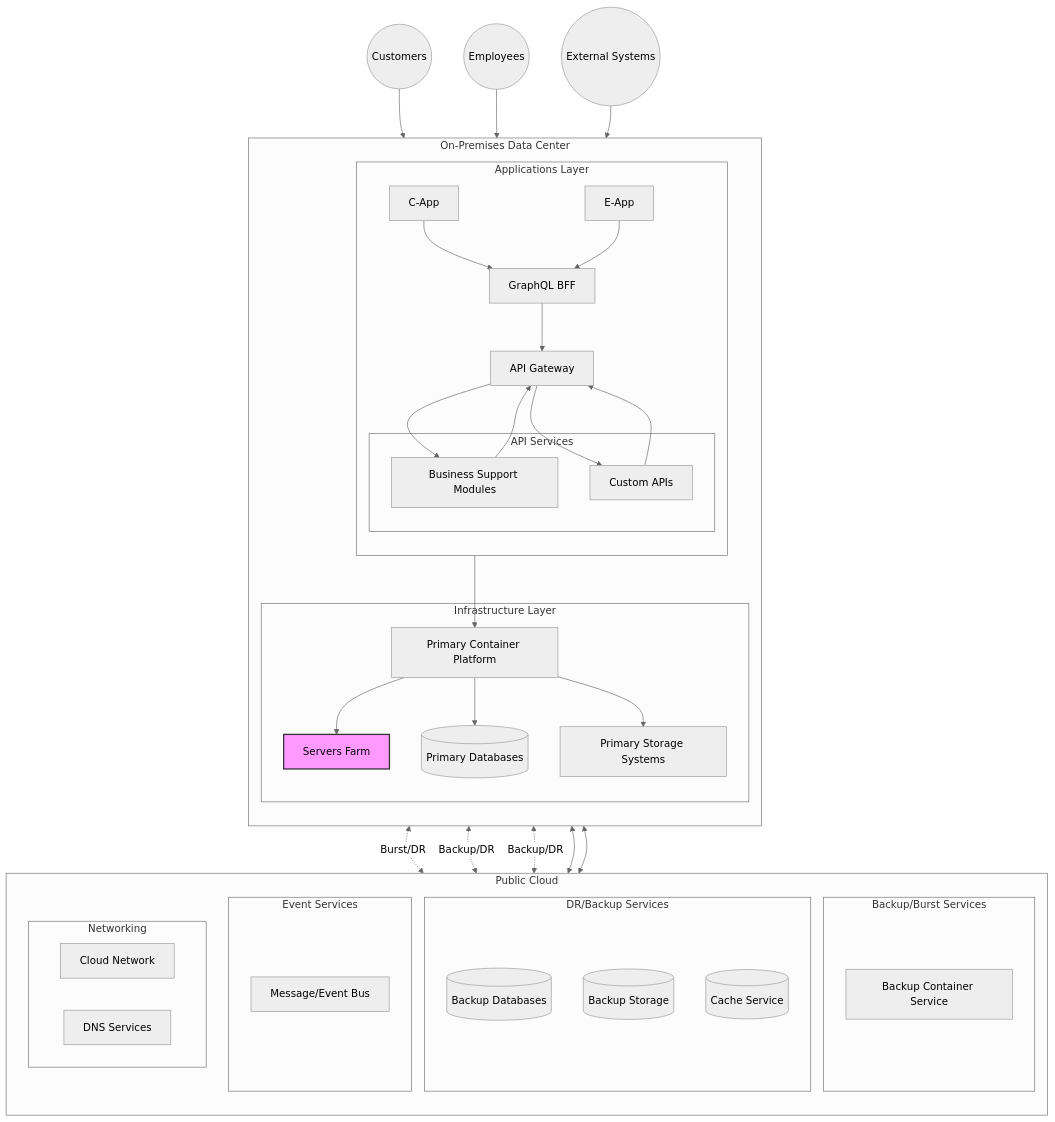
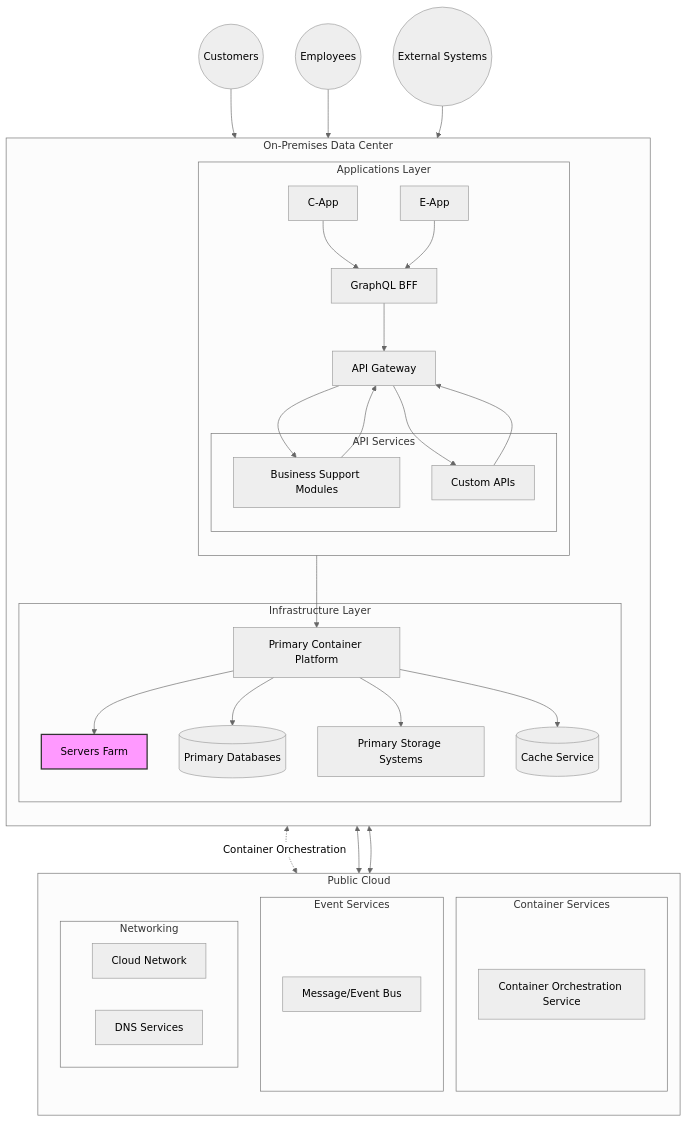
One commit to henryrestive/infra-docs changed the diagram in Generic-HybridCloud.md. Above: the diagram before and after it, drawn with Mermaid (neutral theme). The commit also changed other lines of this file and 2 other files, not shown here.

Commit message:
Revising to accomodate the requirements of data governance

````diff
--- a/Generic-HybridCloud.md
+++ b/Generic-HybridCloud.md
@@ -8,68 +8,62 @@
 ```mermaid
 graph TB
     subgraph OnPrem[On-Premises Data Center]
         direction TB
         subgraph Apps[Applications Layer]
             CApp[C-App]
             EApp[E-App]
             subgraph API[API Services]
                 BSM[Business Support Modules]
                 CustomAPI[Custom APIs]
             end
             BFF[GraphQL BFF]
             Gateway[API Gateway]
         end
         
         subgraph Infrastructure[Infrastructure Layer]
             ServersFarm[Servers Farm]:::serversFarm
             ContainerPlatform[Primary Container Platform]
             PrimaryDB[(Primary Databases)]
             PrimaryStorage[Primary Storage Systems]
+            CacheService[(Cache Service)]
         end
     end
 
     subgraph Cloud[Public Cloud]
         direction TB
-        subgraph Compute[Backup/Burst Services]
-            BackupContainers[Backup Container Service]
-        end
-        
-        subgraph Data[DR/Backup Services]
-            BackupDB[(Backup Databases)]
-            BackupStorage[(Backup Storage)]
-            Cache[(Cache Service)]
+        subgraph Compute[Container Services]
+            ContainerService[Container Orchestration Service]
         end
         
         subgraph Messaging[Event Services]
             EventBus[Message/Event Bus]
         end
         
         subgraph Network[Networking]
             CloudNet[Cloud Network]
             DNS[DNS Services]
         end
     end
 
     Customers((Customers))
     Employees((Employees))
     ExternalSystems((External Systems))
 
     CApp & EApp --> BFF
     BFF --> Gateway
     BSM & CustomAPI --> Gateway
     Gateway --> BSM
     Gateway --> CustomAPI
     Customers --> CApp
     Employees --> EApp
     ExternalSystems --> Gateway
     Apps --> ContainerPlatform
     ContainerPlatform --> ServersFarm
     ContainerPlatform --> PrimaryDB
     ContainerPlatform --> PrimaryStorage
-    ContainerPlatform <-.->|Burst/DR| BackupContainers
-    PrimaryDB <-.->|Backup/DR| BackupDB
-    PrimaryStorage <-.->|Backup/DR| BackupStorage
+    ContainerPlatform --> CacheService
+    ContainerPlatform <-.->|Container Orchestration| ContainerService
     BSM & CustomAPI <--> EventBus
 
     classDef serversFarm fill:#f9f,stroke:#333,stroke-width:2px;
 ```
````
